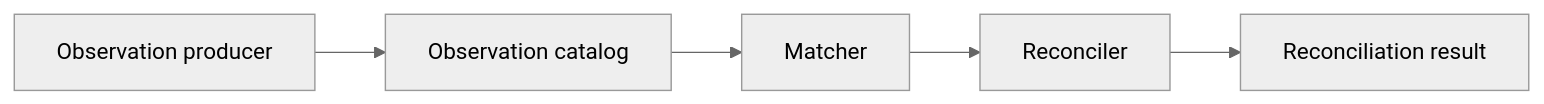
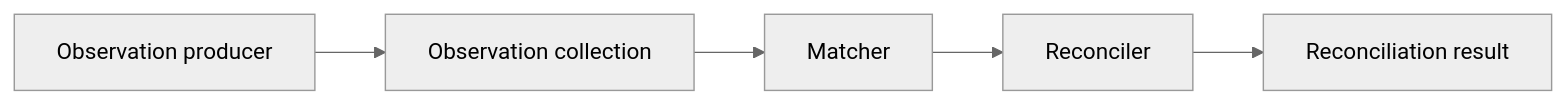
The third of 7 diagrams in docs/architecture.md (thanhpham0406/tok-doctor), drawn with Mermaid (neutral theme) before and after one commit. The commit also changed other lines of this file and 8 other files, not shown here.

````diff
--- a/docs/architecture.md
+++ b/docs/architecture.md
@@ -197,7 +221,7 @@
 ```mermaid
 flowchart LR
-    Producer[Observation producer] --> Catalog[Observation catalog]
-    Catalog --> Matcher[Matcher]
+    Producer[Observation producer] --> Collect[Observation collection]
+    Collect --> Matcher[Matcher]
     Matcher --> Reconciler[Reconciler]
     Reconciler --> Result[Reconciliation result]
 ```
````
